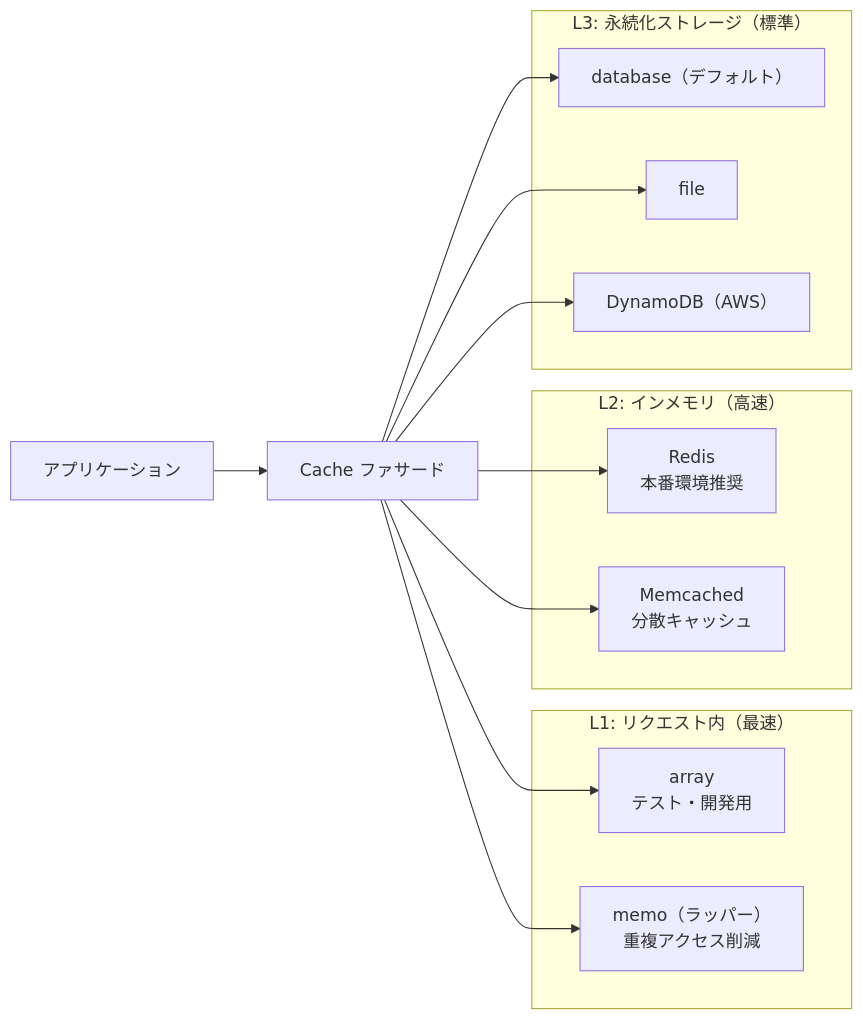
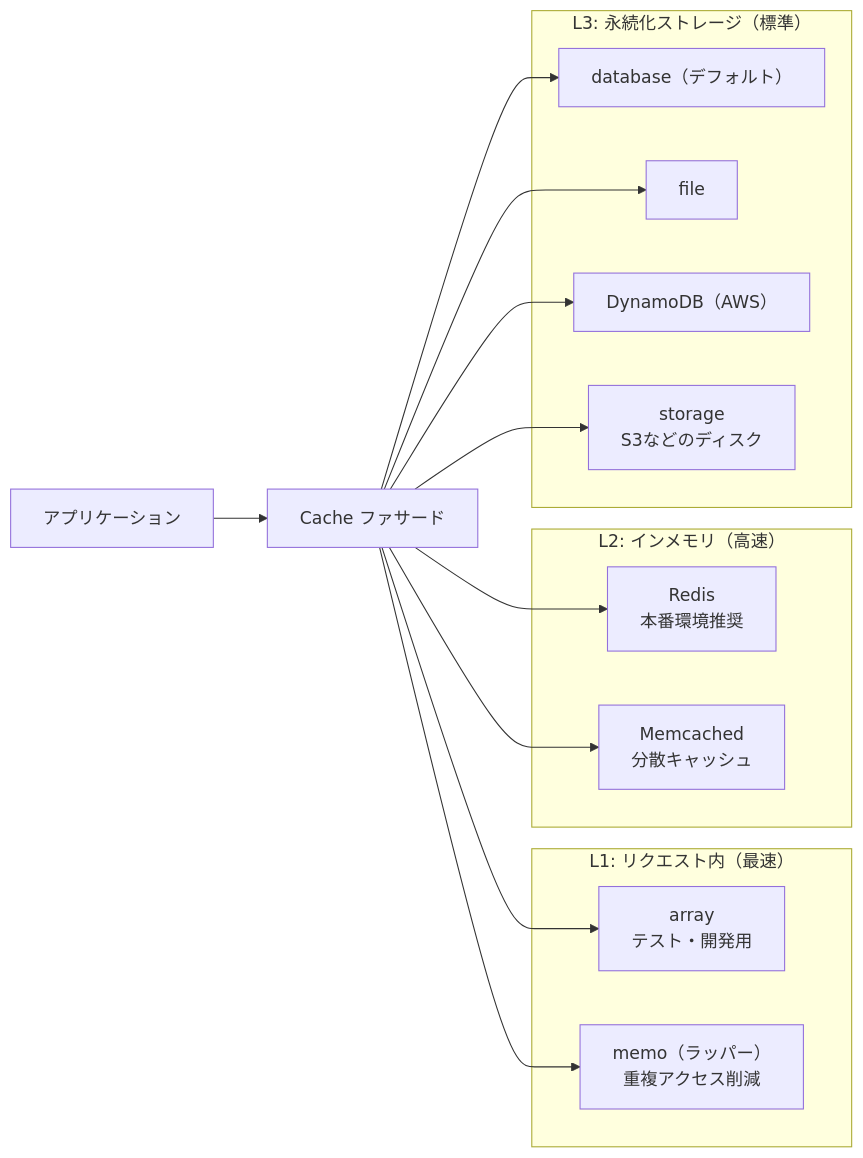
One commit to kawax/mintlify-docs changed the first of 3 diagrams in jp/cache.mdx. Above: the diagram before and after it, drawn with Mermaid. The commit also changed other lines of this file and 3 other files, not shown here.

````diff
--- a/jp/cache.mdx
+++ b/jp/cache.mdx
@@ -116,28 +129,30 @@
 ```mermaid
 flowchart LR
     A["アプリケーション"] --> B["Cache ファサード"]
 
     subgraph L1 ["L1: リクエスト内（最速）"]
         C["array<br>テスト・開発用"]
         D["memo（ラッパー）<br>重複アクセス削減"]
     end
 
     subgraph L2 ["L2: インメモリ（高速）"]
         E["Redis<br>本番環境推奨"]
         F["Memcached<br>分散キャッシュ"]
     end
 
     subgraph L3 ["L3: 永続化ストレージ（標準）"]
         G["database（デフォルト）"]
         H["file"]
         I["DynamoDB（AWS）"]
+        J["storage<br>S3などのディスク"]
     end
 
     B --> C
     B --> D
     B --> E
     B --> F
     B --> G
     B --> H
     B --> I
+    B --> J
 ```
````
